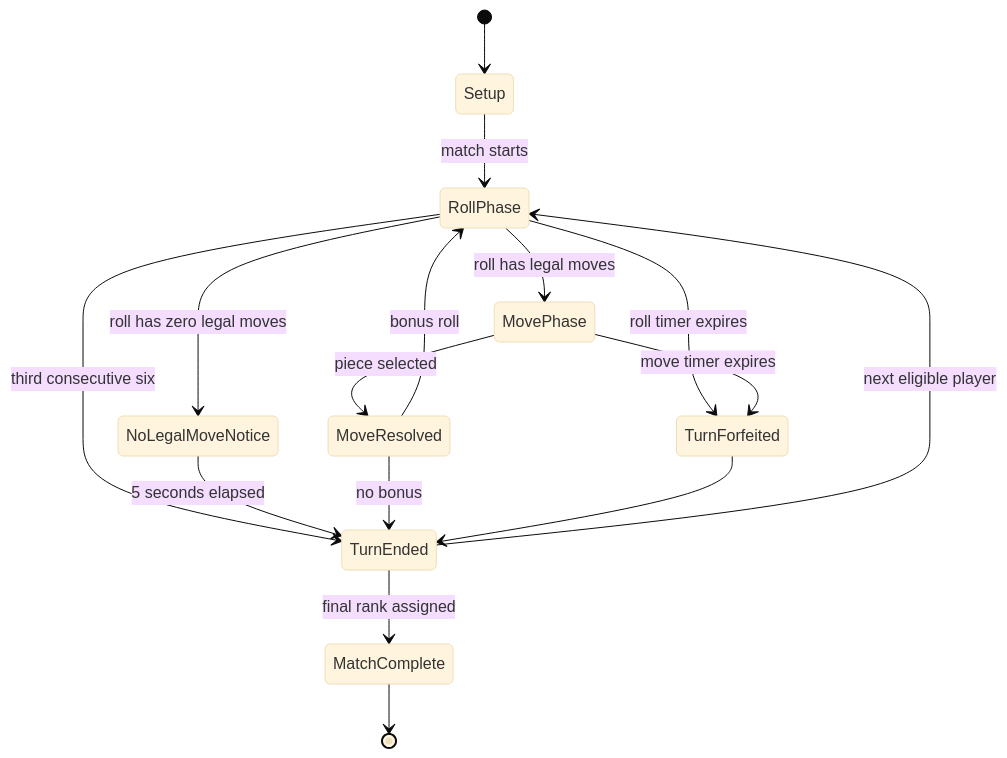
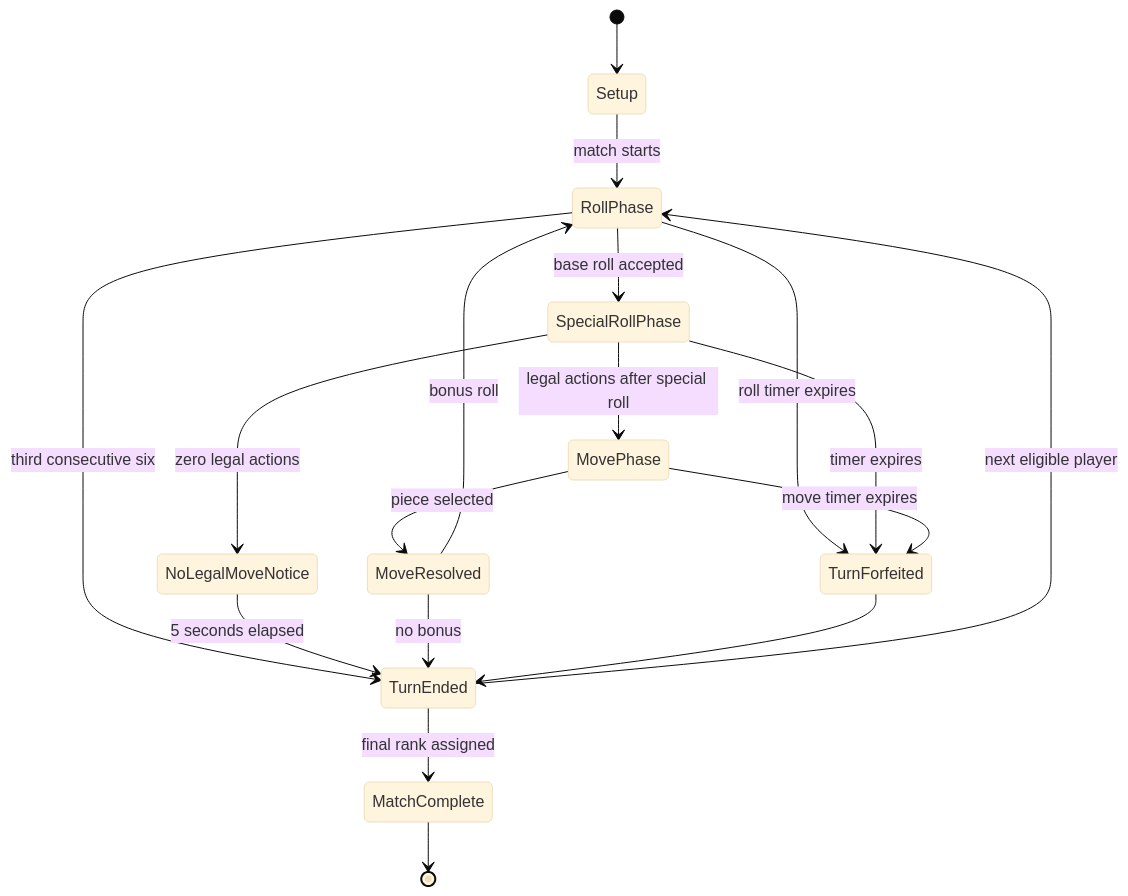
The third of 4 diagrams in docs/PLAN.md (bitarfahed/Ludo-game), drawn with Mermaid (base theme) before and after one commit. The commit also changed other lines of this file and 6 other files, not shown here.

````diff
--- a/docs/PLAN.md
+++ b/docs/PLAN.md
@@ -151,18 +156,20 @@
 ```mermaid
 stateDiagram-v2
     [*] --> Setup
     Setup --> RollPhase: match starts
     RollPhase --> TurnForfeited: roll timer expires
-    RollPhase --> MovePhase: roll has legal moves
-    RollPhase --> NoLegalMoveNotice: roll has zero legal moves
+    RollPhase --> SpecialRollPhase: base roll accepted
     RollPhase --> TurnEnded: third consecutive six
+    SpecialRollPhase --> MovePhase: legal actions after special roll
+    SpecialRollPhase --> NoLegalMoveNotice: zero legal actions
+    SpecialRollPhase --> TurnForfeited: timer expires
     MovePhase --> MoveResolved: piece selected
     MovePhase --> TurnForfeited: move timer expires
     NoLegalMoveNotice --> TurnEnded: 5 seconds elapsed
     MoveResolved --> RollPhase: bonus roll
     MoveResolved --> TurnEnded: no bonus
     TurnForfeited --> TurnEnded
     TurnEnded --> RollPhase: next eligible player
     TurnEnded --> MatchComplete: final rank assigned
     MatchComplete --> [*]
 ```
````
